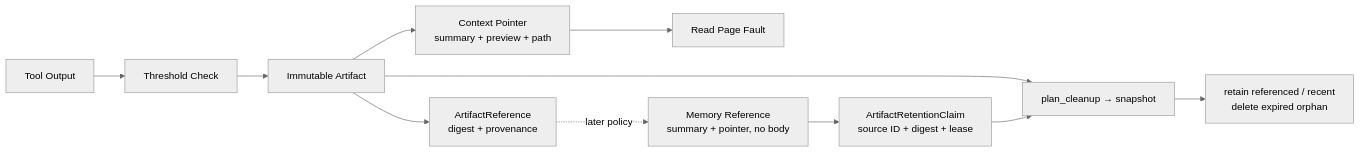
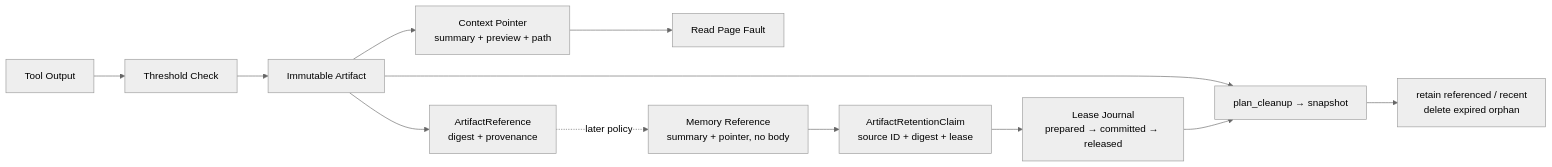
The diagram in s13_output_externalization/README.md (Zenquan/learn-workbuddy), drawn with Mermaid (neutral theme) before and after one commit. The commit also changed other lines of this file and 7 other files, not shown here.

````diff
--- a/s13_output_externalization/README.md
+++ b/s13_output_externalization/README.md
@@ -13,13 +13,14 @@
 ```mermaid
 flowchart LR
     A["Tool Output"] --> B["Threshold Check"]
     B --> C["Immutable Artifact"]
     C --> D["Context Pointer<br/>summary + preview + path"]
     D --> E["Read Page Fault"]
     C --> F["ArtifactReference<br/>digest + provenance"]
     F -. "later policy" .-> G["Memory Reference<br/>summary + pointer, no body"]
     G --> H["ArtifactRetentionClaim<br/>source ID + digest + lease"]
+    H --> L["Lease Journal<br/>prepared → committed → released"]
     C --> I["plan_cleanup → snapshot"]
-    H --> I
+    L --> I
     I --> J["retain referenced / recent<br/>delete expired orphan"]
 ```
````
